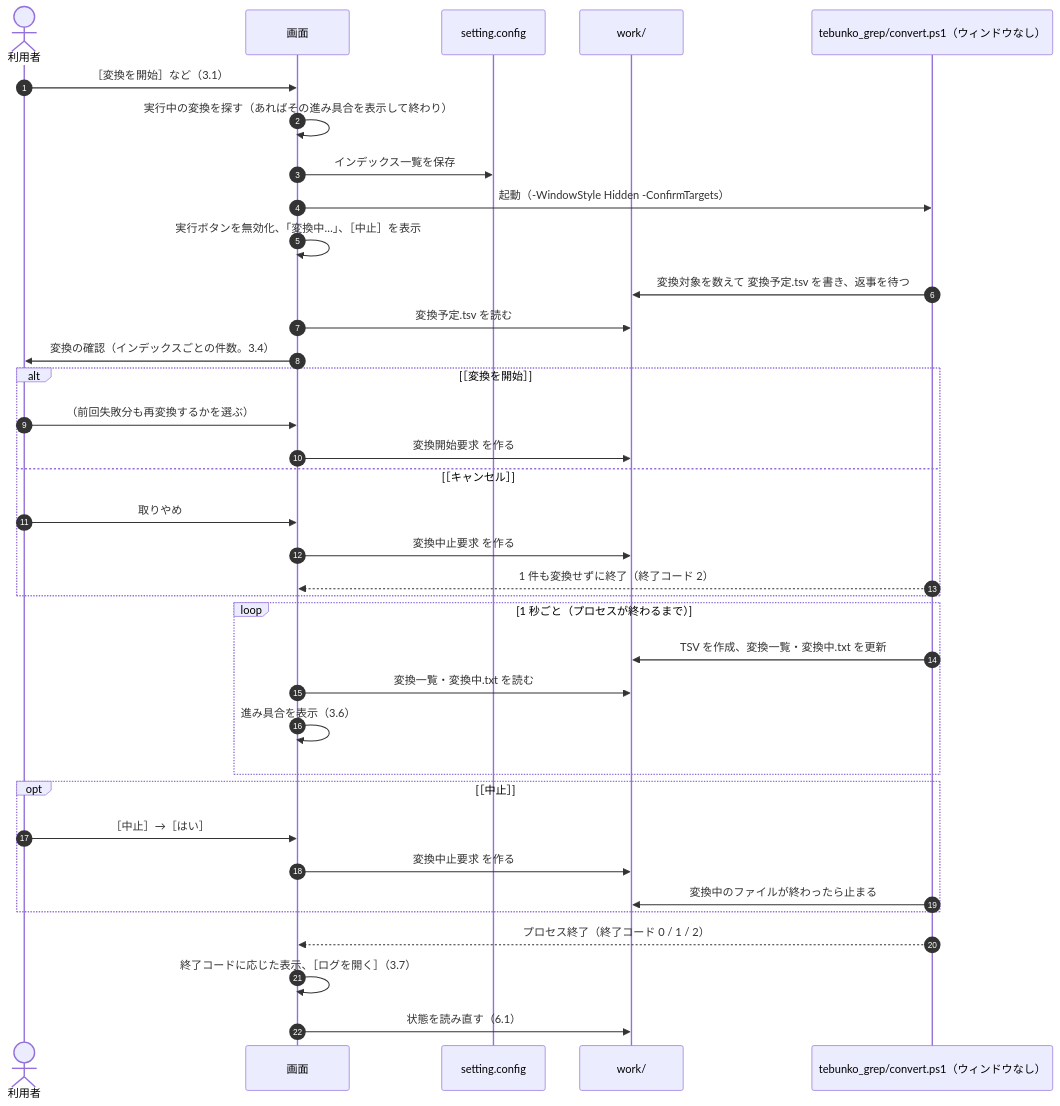
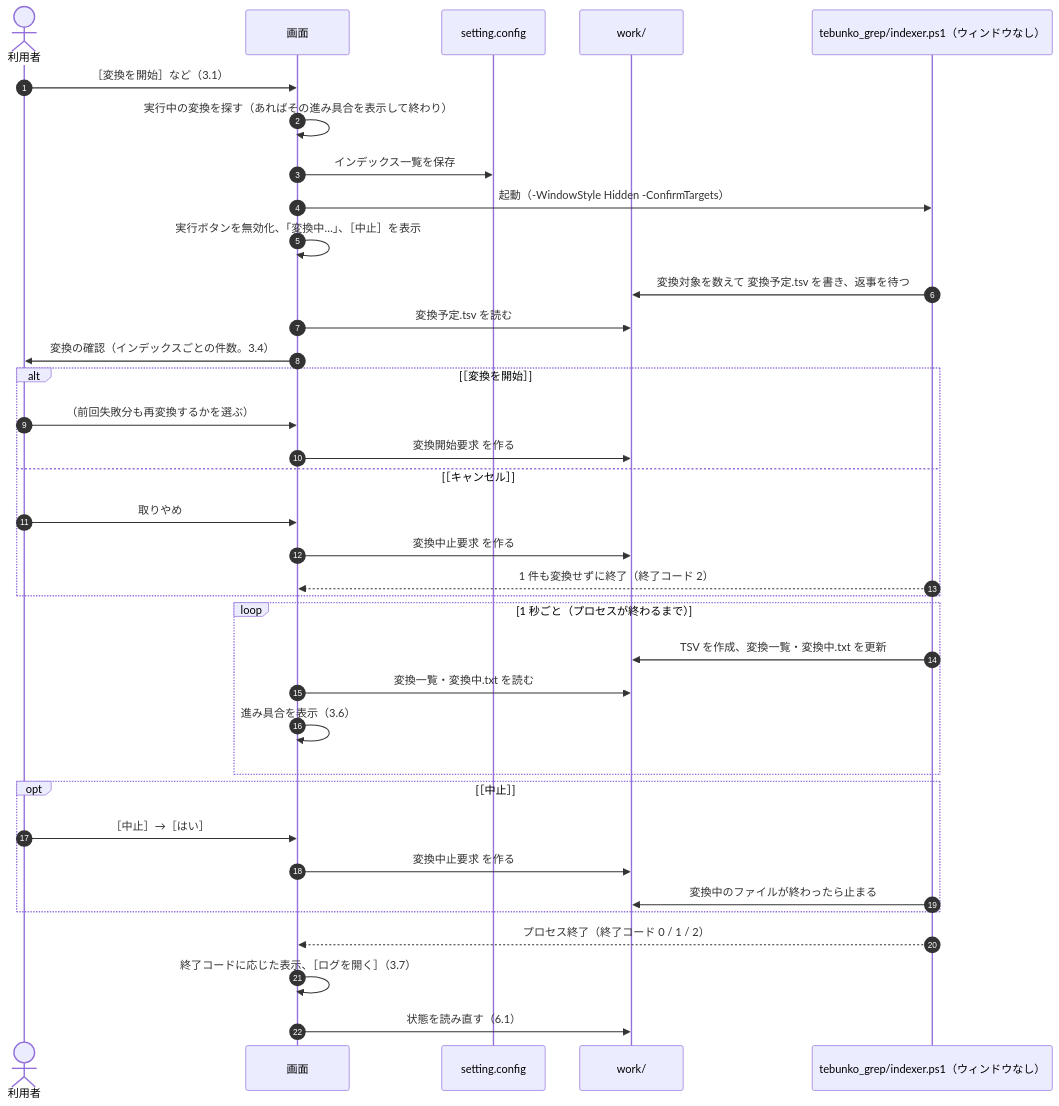
The third of 4 diagrams in docs/03_画面_4_状態と操作の流れ.md (hsgwa/tebunko), drawn with Mermaid before and after one commit. The commit also changed other lines of this file and 59 other files, not shown here.

````diff
--- a/docs/03_画面_4_状態と操作の流れ.md
+++ b/docs/03_画面_4_状態と操作の流れ.md
@@ -80,39 +80,39 @@
 ```mermaid
 sequenceDiagram
     autonumber
     actor U as 利用者
     participant G as 画面
     participant C as setting.config
     participant W as work/
-    participant P as tebunko_grep/convert.ps1（ウィンドウなし）
+    participant P as tebunko_grep/indexer.ps1（ウィンドウなし）
 
     U->>G: ［変換を開始］など（3.1）
     G->>G: 実行中の変換を探す（あればその進み具合を表示して終わり）
     G->>C: インデックス一覧を保存
     G->>P: 起動（-WindowStyle Hidden -ConfirmTargets）
     G->>G: 実行ボタンを無効化、「変換中…」、［中止］を表示
     P->>W: 変換対象を数えて 変換予定.tsv を書き、返事を待つ
     G->>W: 変換予定.tsv を読む
     G->>U: 変換の確認（インデックスごとの件数。3.4）
     alt ［変換を開始］
         U->>G: （前回失敗分も再変換するかを選ぶ）
         G->>W: 変換開始要求 を作る
     else ［キャンセル］
         U->>G: 取りやめ
         G->>W: 変換中止要求 を作る
         P-->>G: 1 件も変換せずに終了（終了コード 2）
     end
     loop 1 秒ごと（プロセスが終わるまで）
         P->>W: TSV を作成、変換一覧・変換中.txt を更新
         G->>W: 変換一覧・変換中.txt を読む
         G->>G: 進み具合を表示（3.6）
     end
     opt ［中止］
         U->>G: ［中止］→［はい］
         G->>W: 変換中止要求 を作る
         P->>W: 変換中のファイルが終わったら止まる
     end
     P-->>G: プロセス終了（終了コード 0 / 1 / 2）
     G->>G: 終了コードに応じた表示、［ログを開く］（3.7）
     G->>W: 状態を読み直す（6.1）
 ```
````
